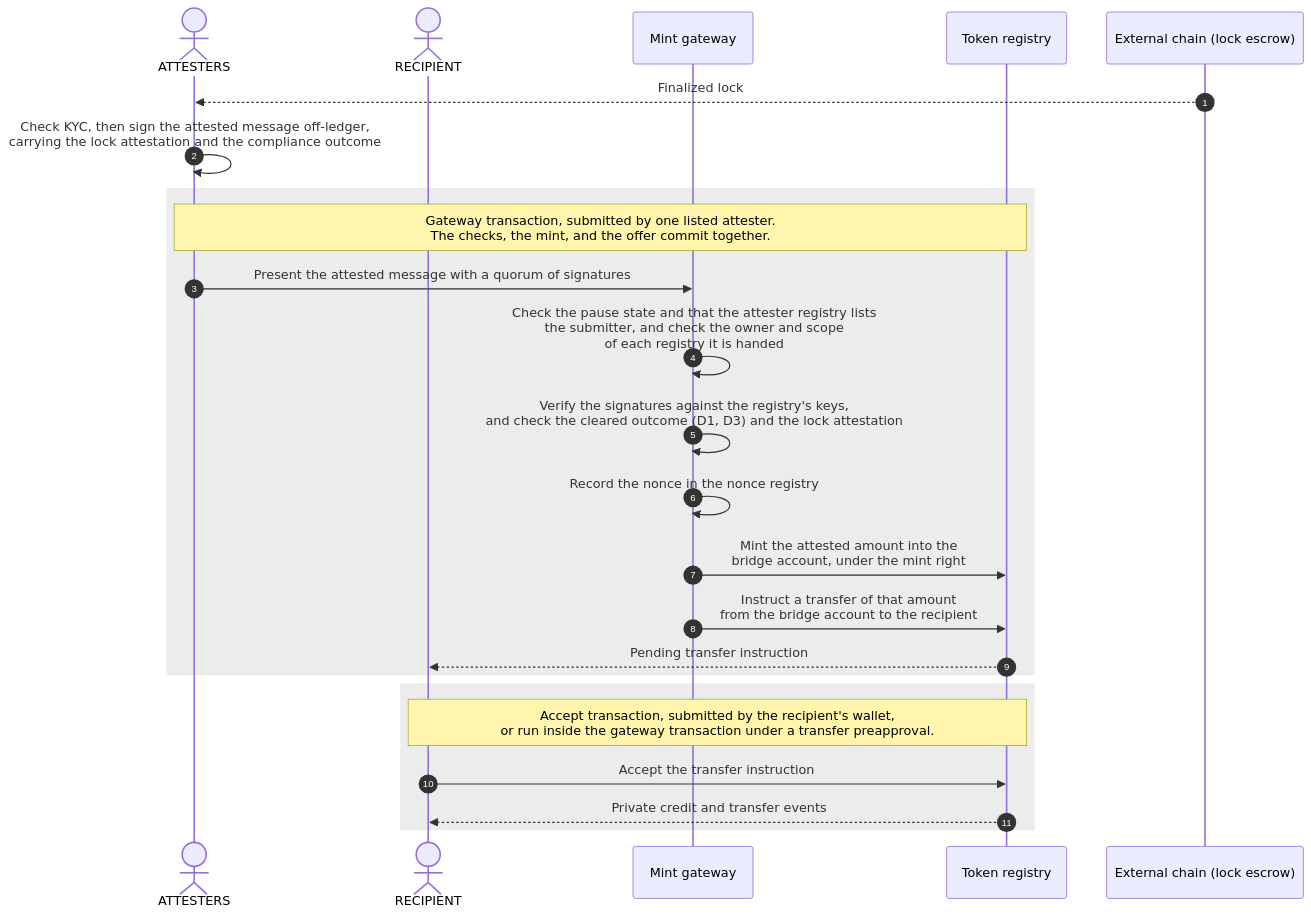
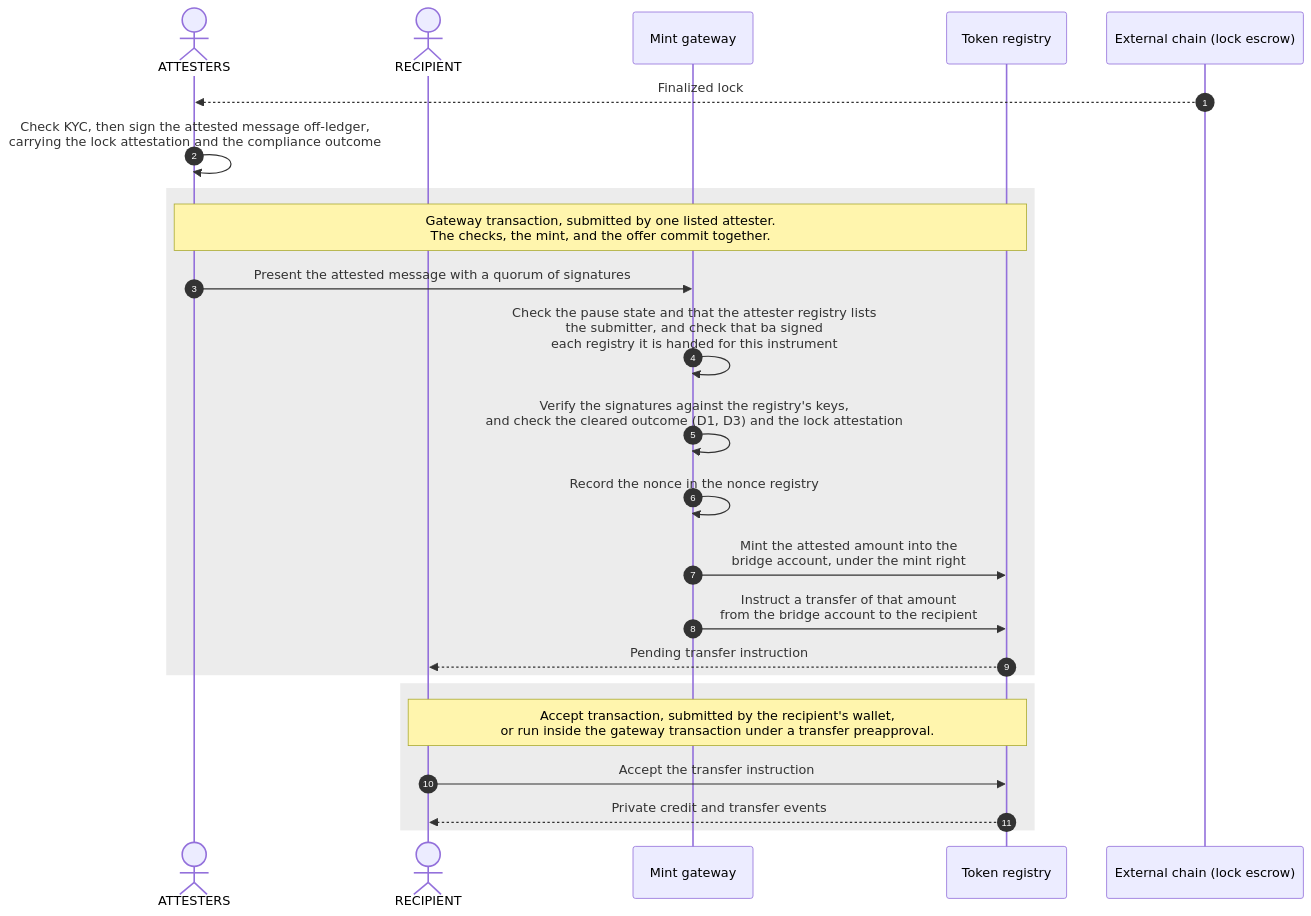
The third of 5 diagrams in docs/reference-architectures/cross-chain-stablecoin.md (OpenZeppelin/canton-specs), drawn with Mermaid before and after one commit.

Commit message:
docs: replace the owner term in the inbound sequence diagram
The term came from the removed registry identity section. The diagram
now says what the gateway checks in the words the text uses.

````diff
--- a/docs/reference-architectures/cross-chain-stablecoin.md
+++ b/docs/reference-architectures/cross-chain-stablecoin.md
@@ -460,27 +460,27 @@
 ```mermaid
 sequenceDiagram
     autonumber
     actor Attesters as ATTESTERS
     actor Recipient as RECIPIENT
     participant App as Mint gateway
     participant Registry as Token registry
     participant Chain as External chain (lock escrow)
 
     Chain-->>Attesters: Finalized lock
     Attesters->>Attesters: Check KYC, then sign the attested message off-ledger,<br/>carrying the lock attestation and the compliance outcome
     rect rgba(127, 127, 127, .15)
         Note over Attesters,Registry: Gateway transaction, submitted by one listed attester.<br/>The checks, the mint, and the offer commit together.
         Attesters->>App: Present the attested message with a quorum of signatures
-        App->>App: Check the pause state and that the attester registry lists<br/>the submitter, and check the owner and scope<br/>of each registry it is handed
+        App->>App: Check the pause state and that the attester registry lists<br/>the submitter, and check that ba signed<br/>each registry it is handed for this instrument
         App->>App: Verify the signatures against the registry's keys,<br/>and check the cleared outcome (D1, D3) and the lock attestation
         App->>App: Record the nonce in the nonce registry
         App->>Registry: Mint the attested amount into the<br/>bridge account, under the mint right
         App->>Registry: Instruct a transfer of that amount<br/>from the bridge account to the recipient
         Registry-->>Recipient: Pending transfer instruction
     end
     rect rgba(127, 127, 127, .15)
         Note over Recipient,Registry: Accept transaction, submitted by the recipient's wallet,<br/>or run inside the gateway transaction under a transfer preapproval.
         Recipient->>Registry: Accept the transfer instruction
         Registry-->>Recipient: Private credit and transfer events
     end
 ```
````
